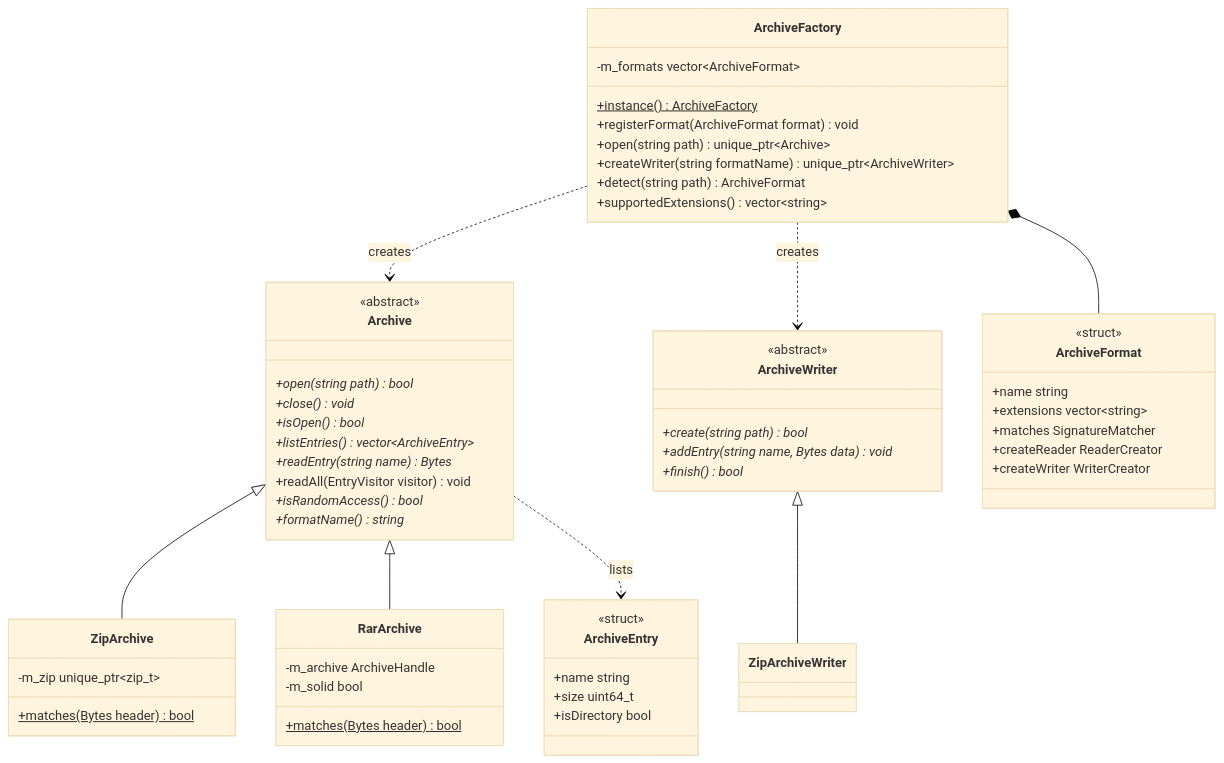
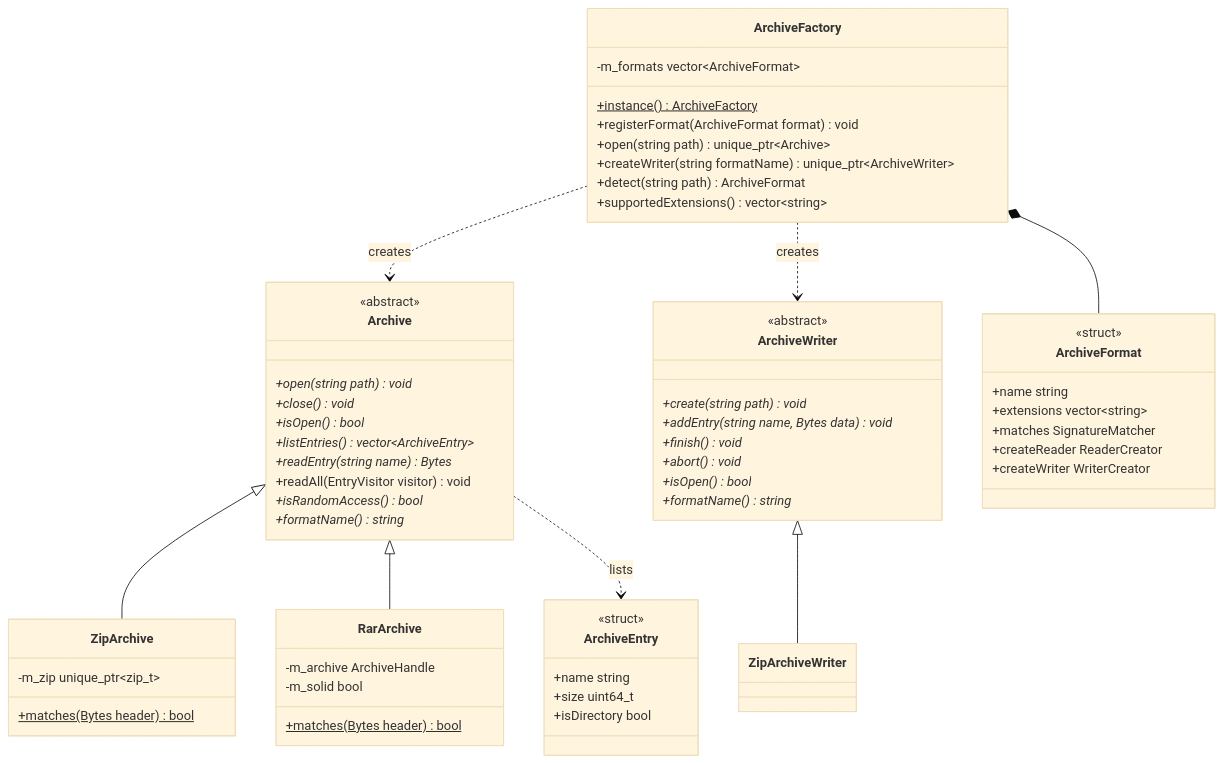
The third of 10 diagrams in src/docs/03-architecture.md (jvolima/comic-book), drawn with Mermaid (base theme) before and after one commit. The commit also changed other lines of this file and 27 other files, not shown here.

````diff
--- a/src/docs/03-architecture.md
+++ b/src/docs/03-architecture.md
@@ -184,60 +184,63 @@
 ```mermaid
 classDiagram
     class Archive {
         <<abstract>>
-        +open(string path) bool*
+        +open(string path) void*
         +close() void*
         +isOpen() bool*
         +listEntries() vector~ArchiveEntry~*
         +readEntry(string name) Bytes*
         +readAll(EntryVisitor visitor) void
         +isRandomAccess() bool*
         +formatName() string*
     }
     class ArchiveEntry {
         <<struct>>
         +name string
         +size uint64_t
         +isDirectory bool
     }
     class ZipArchive {
         +matches(Bytes header)$ bool
         -m_zip unique_ptr~zip_t~
     }
     class RarArchive {
         +matches(Bytes header)$ bool
         -m_archive ArchiveHandle
         -m_solid bool
     }
     class ArchiveWriter {
         <<abstract>>
-        +create(string path) bool*
+        +create(string path) void*
         +addEntry(string name, Bytes data) void*
-        +finish() bool*
+        +finish() void*
+        +abort() void*
+        +isOpen() bool*
+        +formatName() string*
     }
     class ZipArchiveWriter
     class ArchiveFormat {
         <<struct>>
         +name string
         +extensions vector~string~
         +matches SignatureMatcher
         +createReader ReaderCreator
         +createWriter WriterCreator
     }
     class ArchiveFactory {
         +instance()$ ArchiveFactory
         +registerFormat(ArchiveFormat format) void
         +open(string path) unique_ptr~Archive~
         +createWriter(string formatName) unique_ptr~ArchiveWriter~
         +detect(string path) ArchiveFormat
         +supportedExtensions() vector~string~
         -m_formats vector~ArchiveFormat~
     }
     Archive <|-- ZipArchive
     Archive <|-- RarArchive
     Archive ..> ArchiveEntry : lists
     ArchiveWriter <|-- ZipArchiveWriter
     ArchiveFactory *-- ArchiveFormat
     ArchiveFactory ..> Archive : creates
     ArchiveFactory ..> ArchiveWriter : creates
 ```
````
